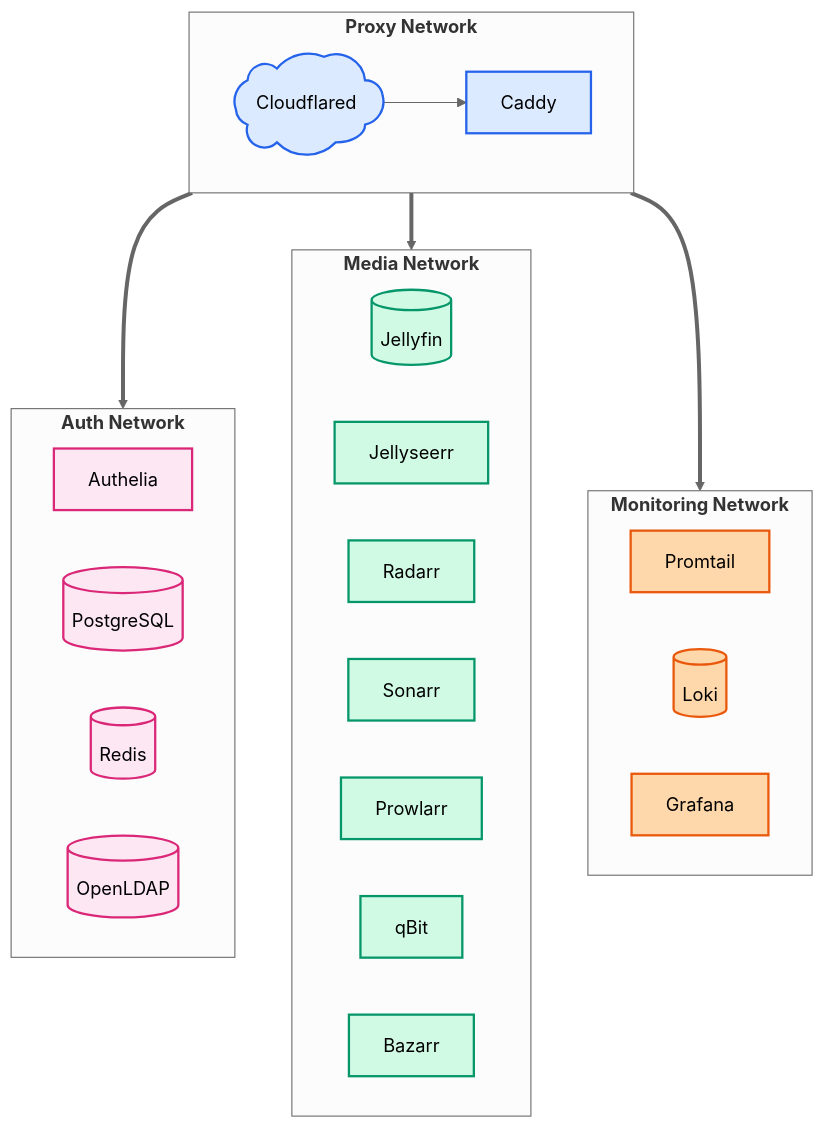
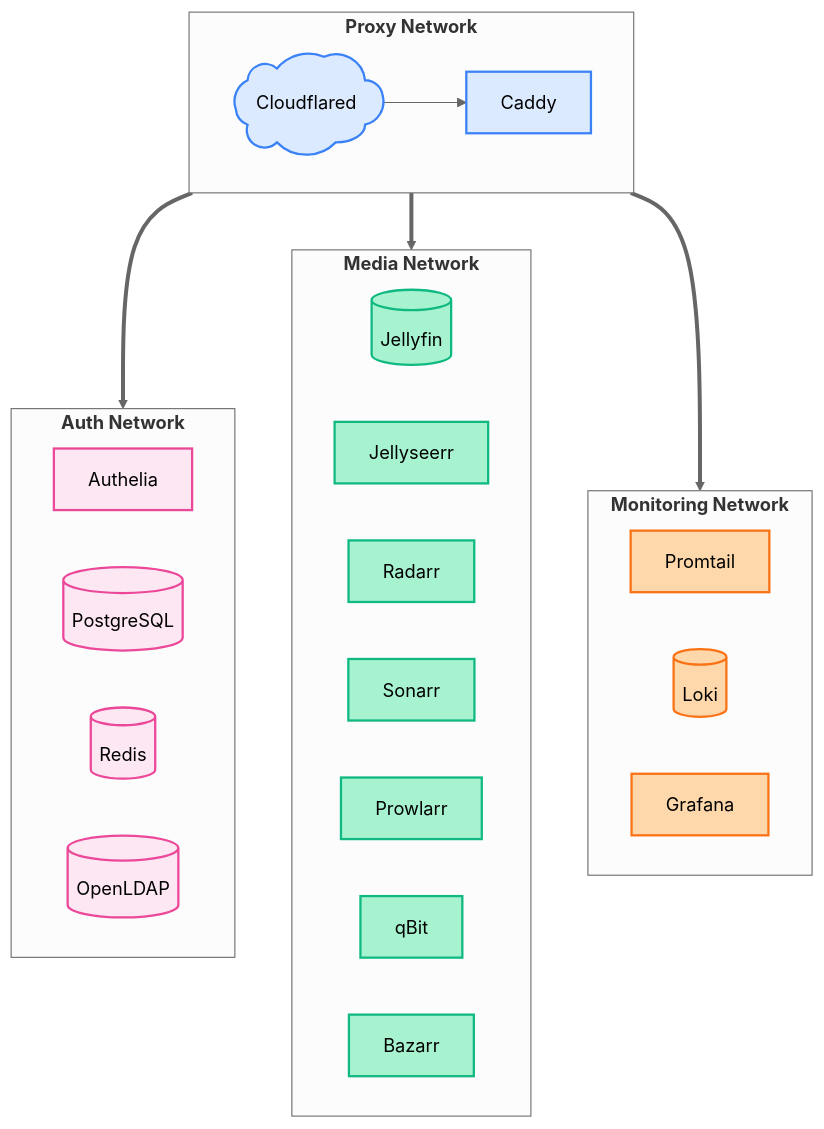
The fourth of 4 diagrams in docs-site/src/content/docs/guides/introduction.mdx (Mykyta-Home-Server/homeserver), drawn with Mermaid (neutral theme) before and after one commit. The commit also changed other lines of this file and 2 other files, not shown here.

First line of the commit message:
Fix Mermaid diagrams: broken shapes and consistent color palette

````diff
--- a/docs-site/src/content/docs/guides/introduction.mdx
+++ b/docs-site/src/content/docs/guides/introduction.mdx
@@ -130,47 +130,47 @@
 ```mermaid
 flowchart TB
     subgraph proxy["`**Proxy Network**`"]
         direction LR
         CF@{ shape: cloud, label: "Cloudflared" }
         Caddy@{ shape: rect, label: "Caddy" }
     end
 
     subgraph auth["`**Auth Network**`"]
         direction LR
         Authelia@{ shape: rect, label: "Authelia" }
         PG@{ shape: cyl, label: "PostgreSQL" }
         Redis@{ shape: cyl, label: "Redis" }
         LDAP@{ shape: cyl, label: "OpenLDAP" }
     end
 
     subgraph media["`**Media Network**`"]
         direction LR
         JF@{ shape: cyl, label: "Jellyfin" }
         JS@{ shape: rect, label: "Jellyseerr" }
         RD@{ shape: rect, label: "Radarr" }
         SN@{ shape: rect, label: "Sonarr" }
         PW@{ shape: rect, label: "Prowlarr" }
         QB@{ shape: rect, label: "qBit" }
         BZ@{ shape: rect, label: "Bazarr" }
     end
 
     subgraph monitor["`**Monitoring Network**`"]
         direction LR
         PT@{ shape: rect, label: "Promtail" }
         Loki@{ shape: cyl, label: "Loki" }
         Graf@{ shape: rect, label: "Grafana" }
     end
 
     CF --> Caddy
     Caddy ==> auth & media & monitor
 
-    classDef proxyStyle fill:#dbeafe,stroke:#2563eb,stroke-width:2px
-    classDef authStyle fill:#fce7f3,stroke:#db2777,stroke-width:2px
-    classDef mediaStyle fill:#d1fae5,stroke:#059669,stroke-width:2px
-    classDef monitorStyle fill:#fed7aa,stroke:#ea580c,stroke-width:2px
+    classDef proxyStyle fill:#dbeafe,stroke:#3b82f6,stroke-width:2px
+    classDef authStyle fill:#fce7f3,stroke:#ec4899,stroke-width:2px
+    classDef mediaStyle fill:#a7f3d0,stroke:#10b981,stroke-width:2px
+    classDef monitorStyle fill:#fed7aa,stroke:#f97316,stroke-width:2px
 
     class CF,Caddy proxyStyle
     class Authelia,PG,Redis,LDAP authStyle
     class JF,JS,RD,SN,PW,QB,BZ mediaStyle
     class PT,Loki,Graf monitorStyle
 ```
````
